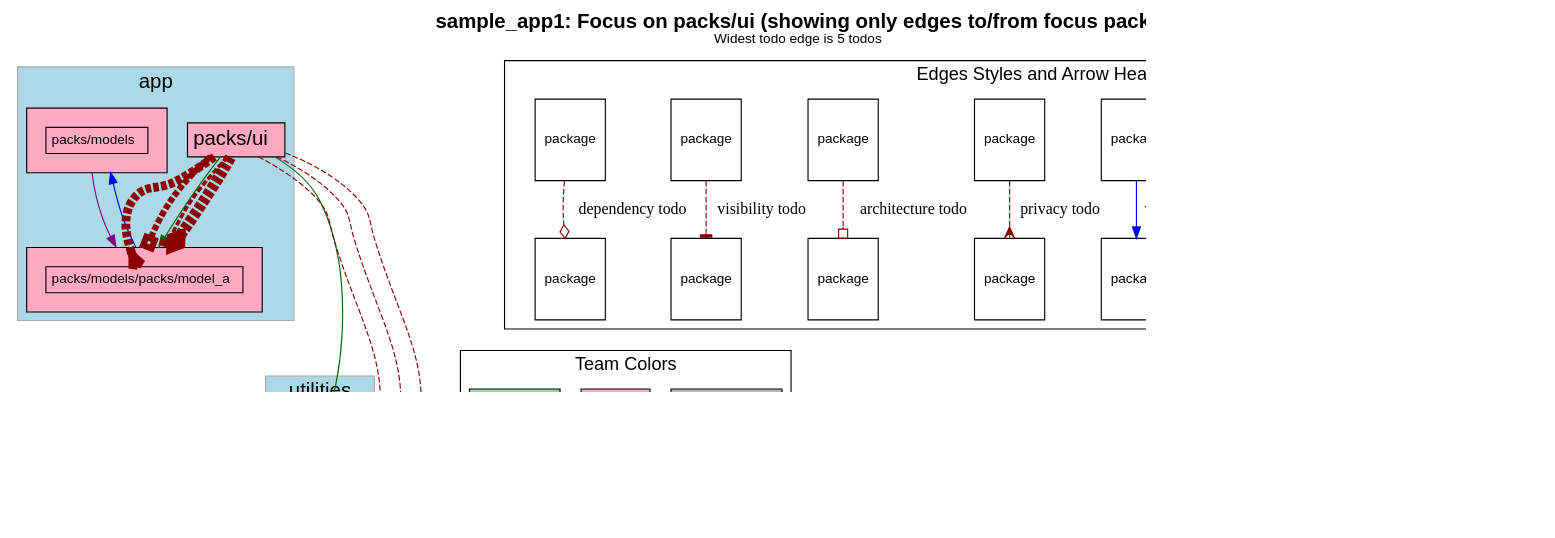
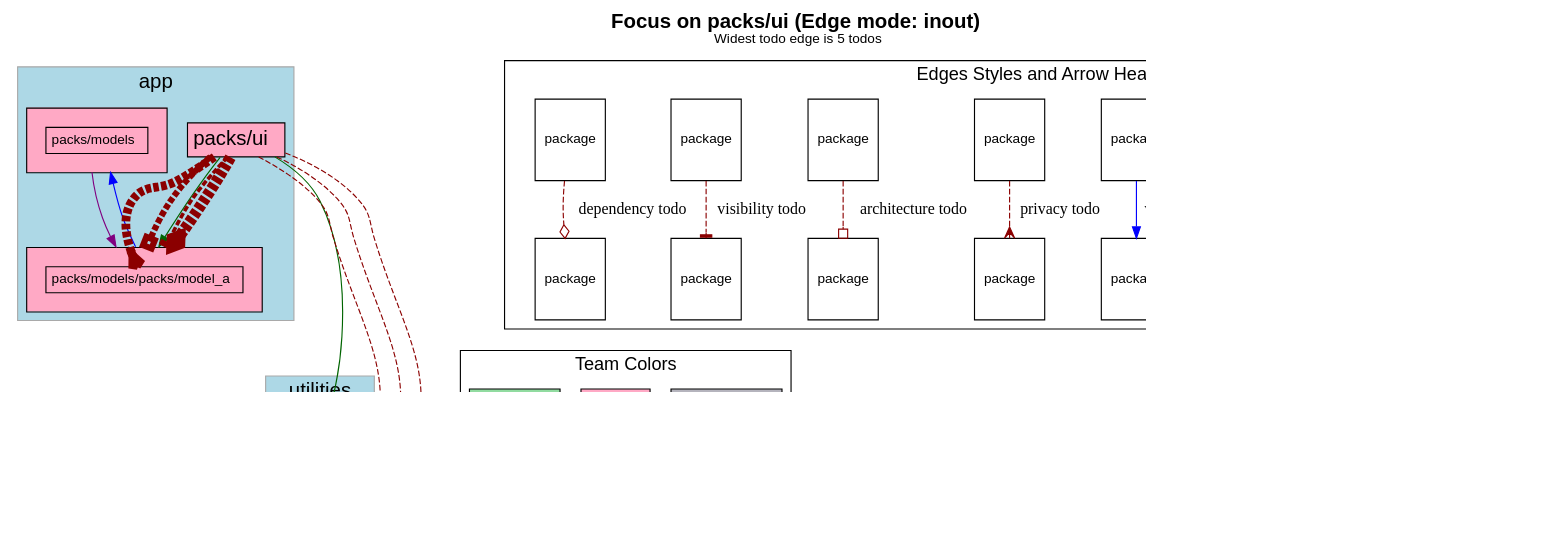
Before and after one commit to rubyatscale/visualize_packs: the diagram in spec/sample_app1/test_output/focussed_on_packs_ui_focus_edges.dot, drawn with Graphviz. The commit also changed 21 other files, not shown here.

```diff
--- a/spec/sample_app1/test_output/focussed_on_packs_ui_focus_edges.dot
+++ b/spec/sample_app1/test_output/focussed_on_packs_ui_focus_edges.dot
@@ -5,7 +5,7 @@
     fontname="Helvetica,Arial,sans-serif"
     dpi=100
     layout=dot
-    label=<<b>sample_app1: Focus on packs/ui (showing only edges to/from focus pack)</b><br/><font point-size='12'>Widest todo edge is 5 todos</font>>
+    label=<<b>Focus on packs/ui (Edge mode: inout)</b><br/><font point-size='12'>Widest todo edge is 5 todos</font>>
     fontsize=18
   ]
   node [
```
